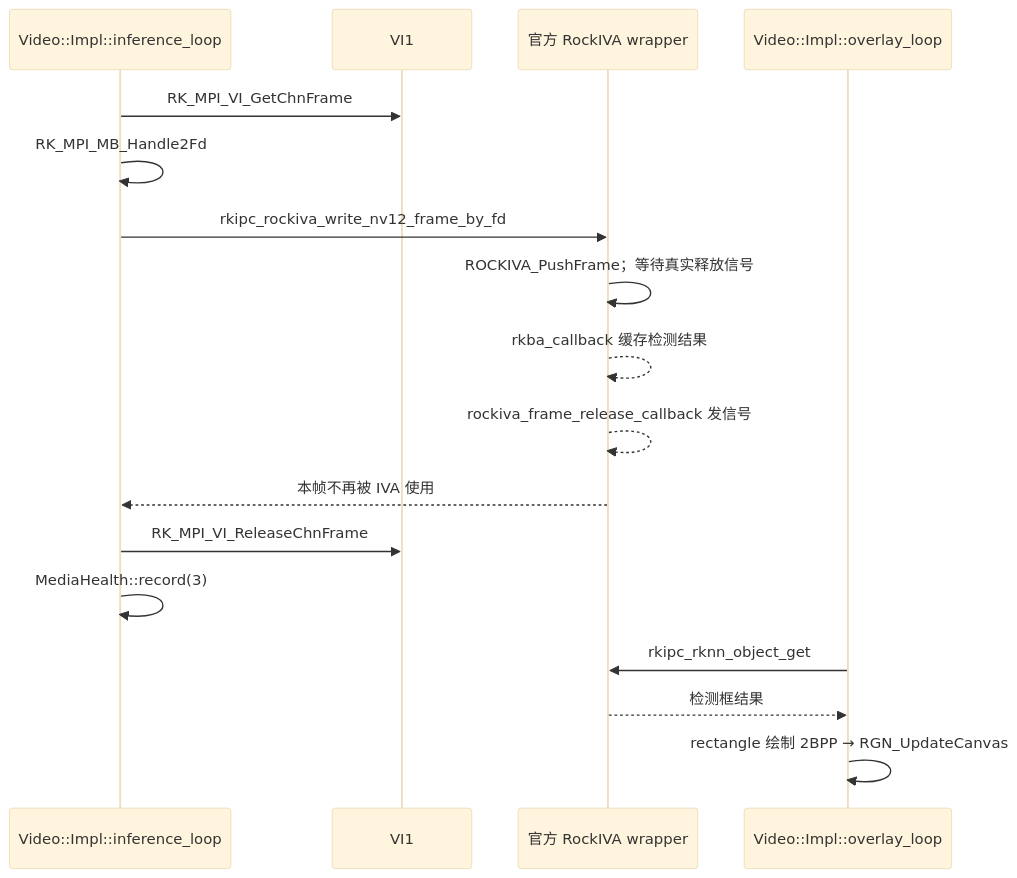
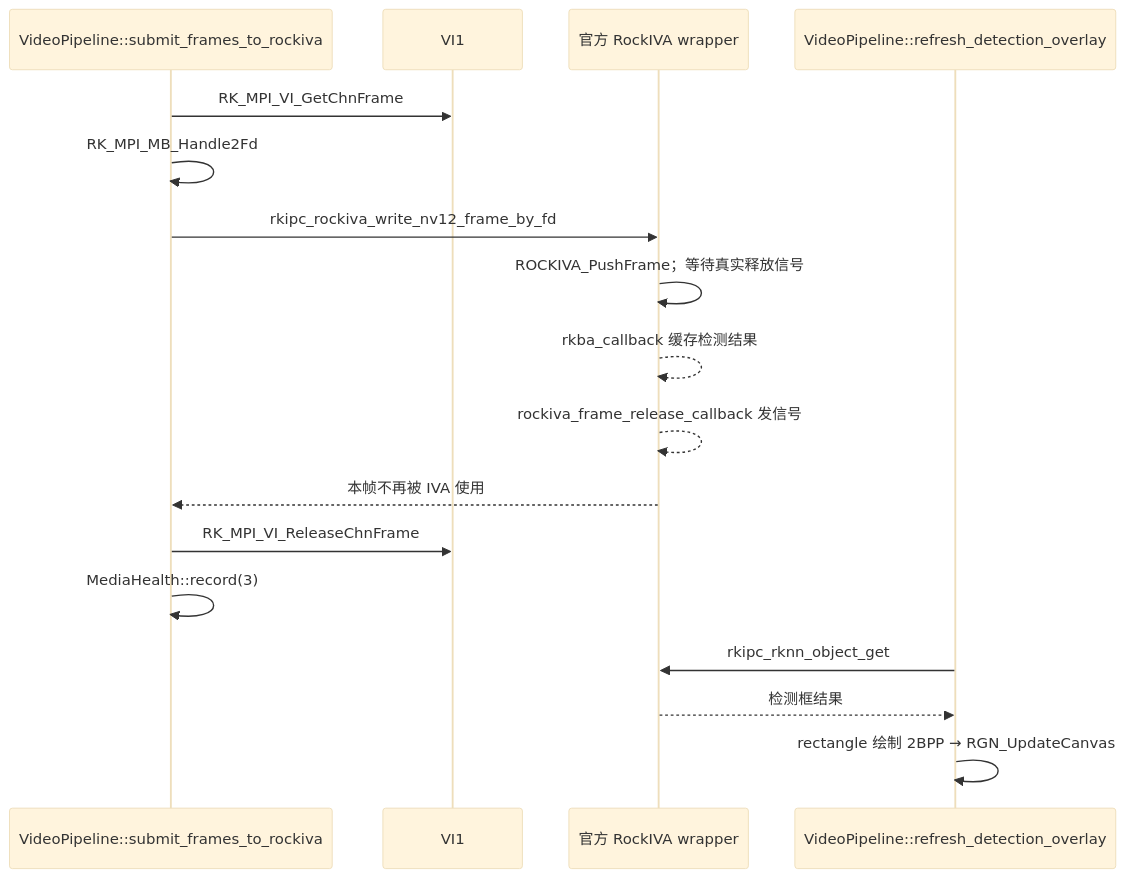
One commit to guozhenhui0317-del/rv1106ipc changed the fifth of 7 diagrams in README.md. Above: the diagram before and after it, drawn with Mermaid (base theme). The commit also changed other lines of this file and 6 other files, not shown here.

````diff
--- a/README.md
+++ b/README.md
@@ -356,19 +362,19 @@
 ```mermaid
 sequenceDiagram
-    participant T as Video::Impl::inference_loop
+    participant T as VideoPipeline::submit_frames_to_rockiva
     participant VI as VI1
     participant IVA as 官方 RockIVA wrapper
-    participant O as Video::Impl::overlay_loop
+    participant O as VideoPipeline::refresh_detection_overlay
     T->>VI: RK_MPI_VI_GetChnFrame
     T->>T: RK_MPI_MB_Handle2Fd
     T->>IVA: rkipc_rockiva_write_nv12_frame_by_fd
     IVA->>IVA: ROCKIVA_PushFrame；等待真实释放信号
     IVA-->>IVA: rkba_callback 缓存检测结果
     IVA-->>IVA: rockiva_frame_release_callback 发信号
     IVA-->>T: 本帧不再被 IVA 使用
     T->>VI: RK_MPI_VI_ReleaseChnFrame
     T->>T: MediaHealth::record(3)
     O->>IVA: rkipc_rknn_object_get
     IVA-->>O: 检测框结果
     O->>O: rectangle 绘制 2BPP → RGN_UpdateCanvas
 ```
````
